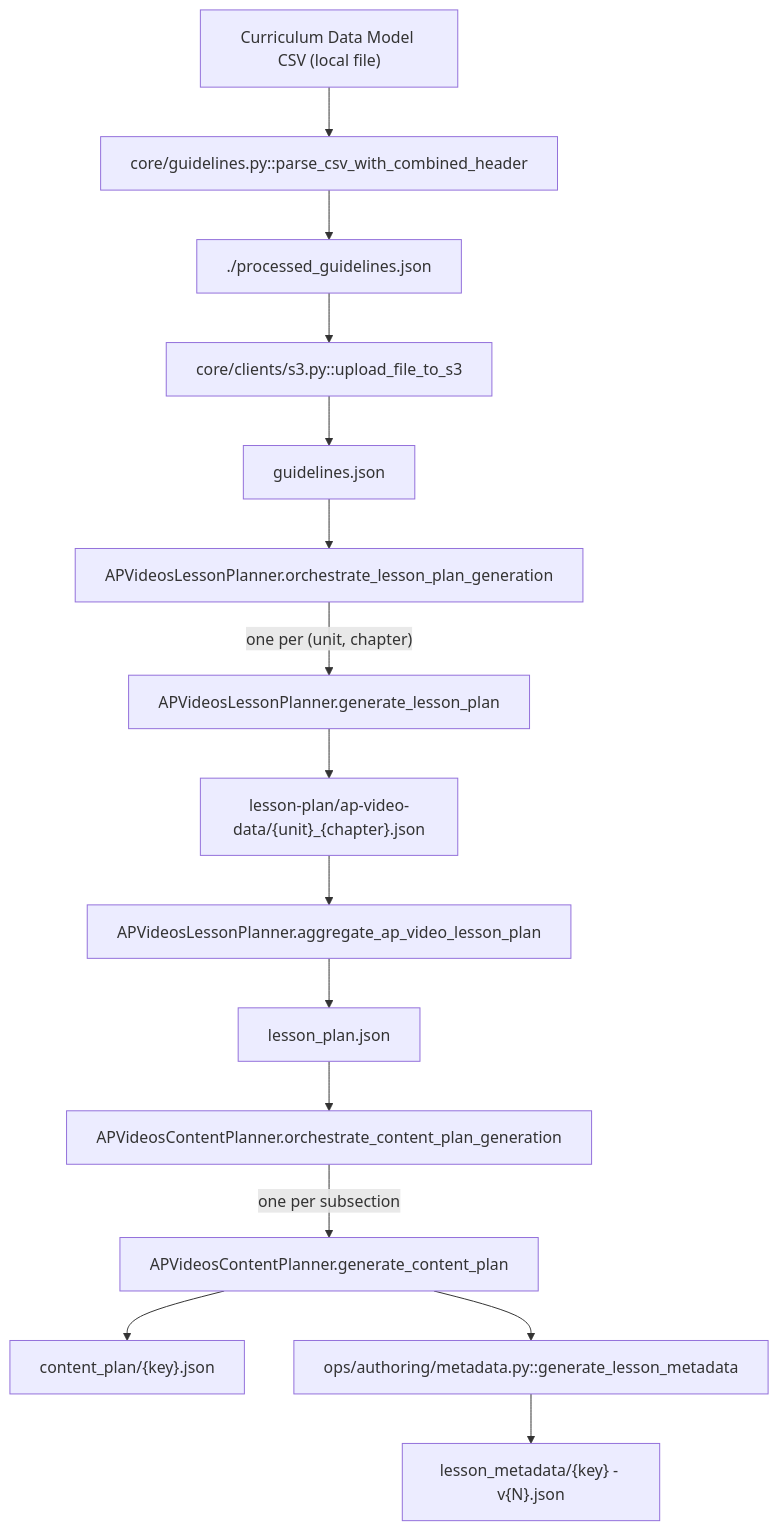
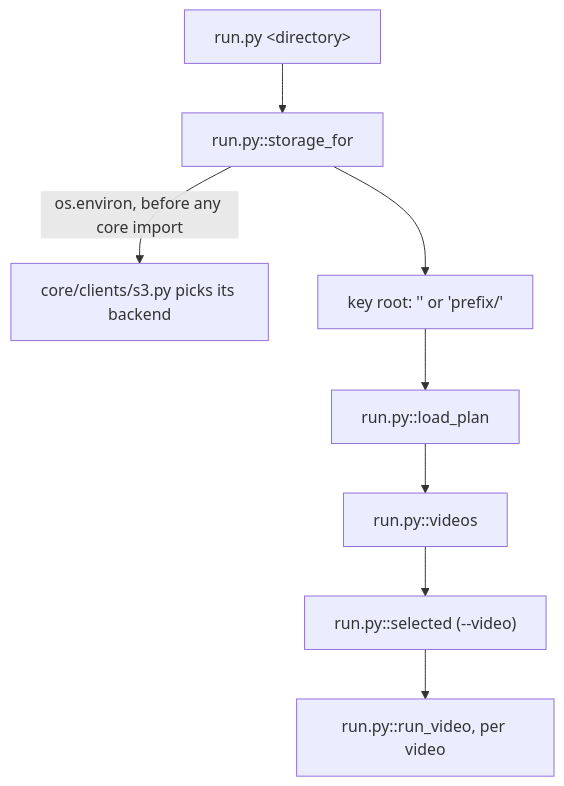
Before and after one commit to BekhruzT/Stele: the diagram in generation/docs/architecture/01-upstream.md, drawn with Mermaid. The commit also changed other lines of this file and 18 other files, not shown here.

Commit message:
Document the lore-only pipeline and its run-directory input

````diff
--- a/generation/docs/architecture/01-upstream.md
+++ b/generation/docs/architecture/01-upstream.md
@@ -44,17 +24,10 @@
 ```mermaid
 flowchart TD
-  CSV["Curriculum Data Model CSV (local file)"] --> Parse["core/guidelines.py::parse_csv_with_combined_header"]
-  Parse --> PJSON["./processed_guidelines.json"]
-  PJSON --> Upload["core/clients/s3.py::upload_file_to_s3"]
-  Upload --> G["guidelines.json"]
-  G --> Orch["APVideosLessonPlanner.orchestrate_lesson_plan_generation"]
-  Orch -->|"one per (unit, chapter)"| Gen["APVideosLessonPlanner.generate_lesson_plan"]
-  Gen --> Shard["lesson-plan/ap-video-data/{unit}_{chapter}.json"]
-  Shard --> Agg["APVideosLessonPlanner.aggregate_ap_video_lesson_plan"]
-  Agg --> LP["lesson_plan.json"]
-  LP --> CPOrch["APVideosContentPlanner.orchestrate_content_plan_generation"]
-  CPOrch -->|"one per subsection"| CPGen["APVideosContentPlanner.generate_content_plan"]
-  CPGen --> CP["content_plan/{key}.json"]
-  CPGen --> Meta["ops/authoring/metadata.py::generate_lesson_metadata"]
-  Meta --> MJSON["lesson_metadata/{key} - v{N}.json"]
+  Arg["run.py &lt;directory&gt;"] --> SF["run.py::storage_for"]
+  SF -->|"os.environ, before any core import"| S3["core/clients/s3.py picks its backend"]
+  SF --> Root["key root: '' or 'prefix/'"]
+  Root --> LP["run.py::load_plan"]
+  LP --> V["run.py::videos"]
+  V --> Sel["run.py::selected (--video)"]
+  Sel --> RV["run.py::run_video, per video"]
 ```
````
